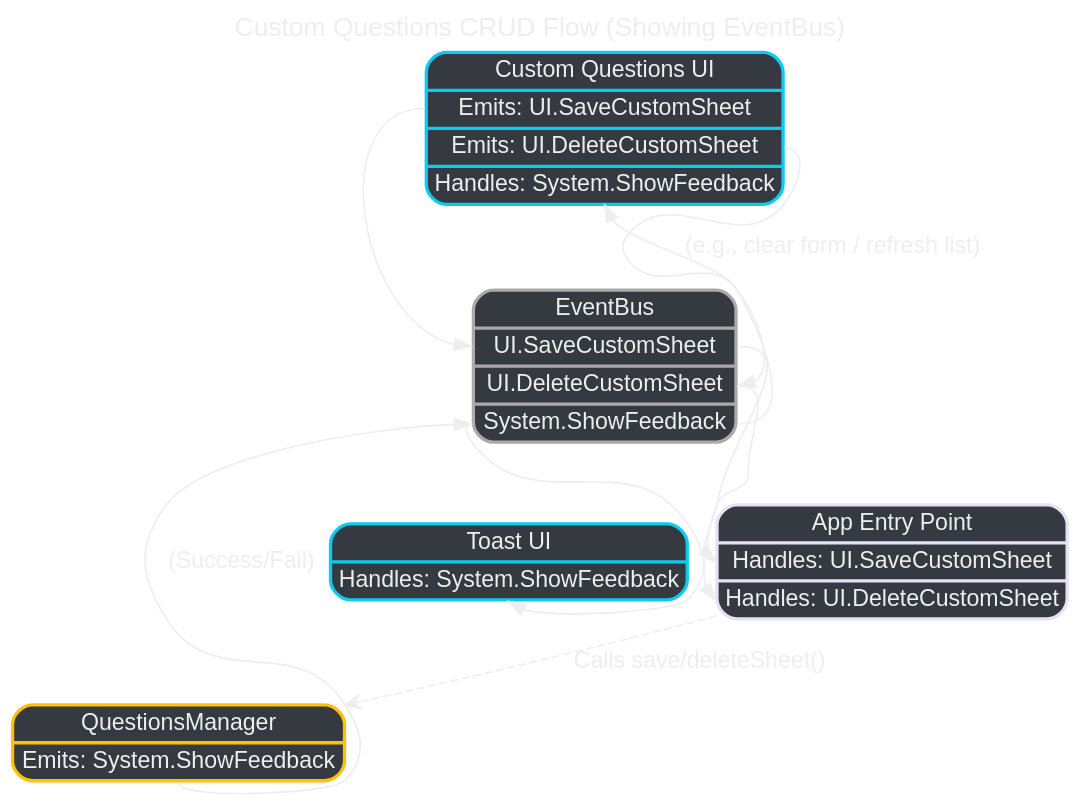
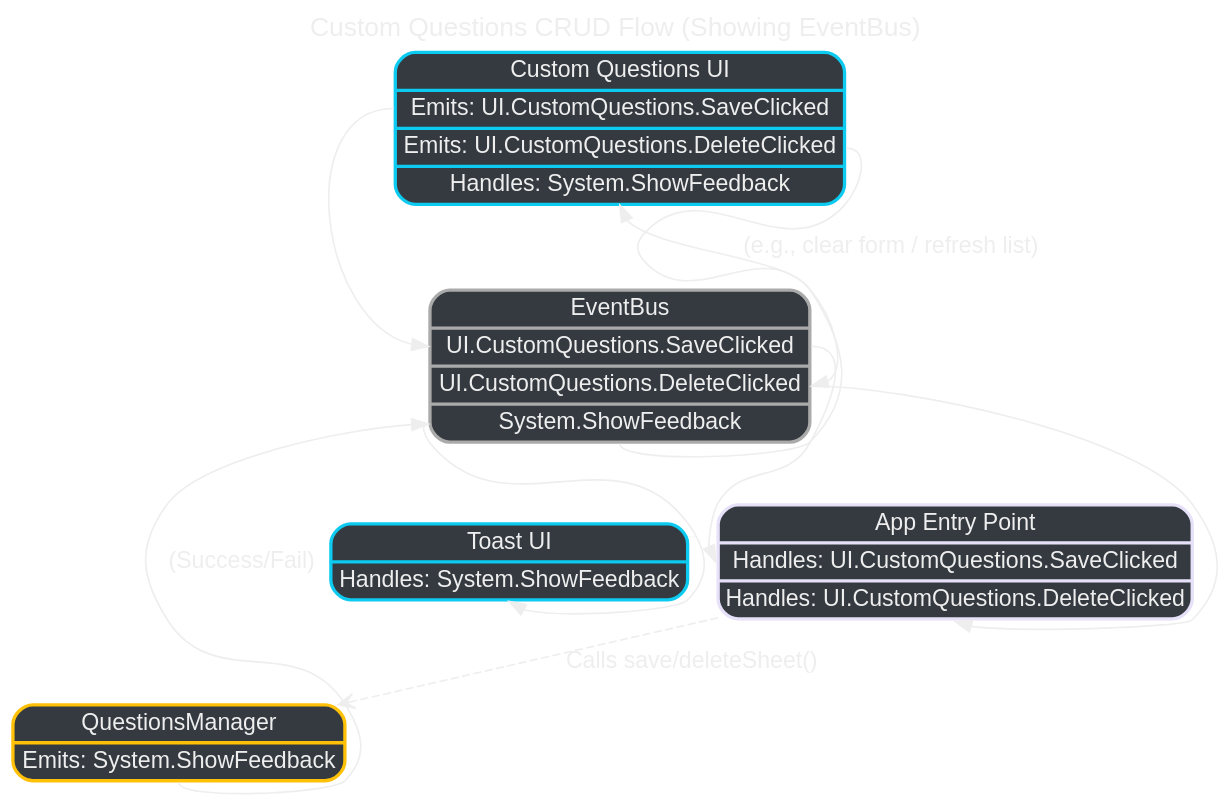
One commit to SchizoDuckie/unicornpoep changed the diagram in v2/docs/8-scenario-custom-questions-management-crud-with-bus.dot. Above: the diagram before and after it, drawn with Graphviz. The commit also changed 70 other files, not shown here.

```diff
--- a/v2/docs/8-scenario-custom-questions-management-crud-with-bus.dot
+++ b/v2/docs/8-scenario-custom-questions-management-crud-with-bus.dot
@@ -1,42 +1,42 @@
 digraph CustomQCRUD_WithBus {
     rankdir=TD;
     sep="0.6";
     overlap=false;
     bgcolor="transparent";
     fontname="Arial";
     node [shape=box, style="rounded,filled", fontcolor="#eeeeee", color="#eeeeee", fontname="Arial"];
     edge [fontcolor="#eeeeee", color="#eeeeee", fontname="Arial"];
     graph [label="Custom Questions CRUD Flow (Showing EventBus)", labelloc=t, fontsize=16, fontcolor="#eeeeee"];
 
     // Node Styles (Record for specific event interactions)
     CustomQuestionsComponent [shape="record", style="rounded,filled", fillcolor="#343a40", color="#0dcaf0", penwidth=2,
-                              label="{ Custom Questions UI | {<emits_save> Emits: UI.SaveCustomSheet} | {<emits_del> Emits: UI.DeleteCustomSheet} | {<handles_feedback> Handles: System.ShowFeedback} }"]; // Specific emits
+                              label="{ Custom Questions UI | {<emits_save> Emits: UI.CustomQuestions.SaveClicked} | {<emits_del> Emits: UI.CustomQuestions.DeleteClicked} | {<handles_feedback> Handles: System.ShowFeedback} }"]; // Specific emits
     ToastComponent [shape="record", style="rounded,filled", fillcolor="#343a40", color="#0dcaf0", penwidth=2,
                     label="{ Toast UI | {<handles_feedback> Handles: System.ShowFeedback} }"];
     UnicornPoep [shape="record", style="rounded,filled", fillcolor="#343a40", color="#e6e0f8", penwidth=2,
-                 label="{ App Entry Point | {<handles_save> Handles: UI.SaveCustomSheet} | {<handles_del> Handles: UI.DeleteCustomSheet} }"]; // Specific handles
+                 label="{ App Entry Point | {<handles_save> Handles: UI.CustomQuestions.SaveClicked} | {<handles_del> Handles: UI.CustomQuestions.DeleteClicked} }"]; // Specific handles
     QuestionsManager [shape="record", style="rounded,filled", fillcolor="#343a40", color="#ffc107", penwidth=2,
                       label="{ QuestionsManager | {<emits_feedback> Emits: System.ShowFeedback} }"];
 
     // EventBus: Shows specific UI actions and System feedback events
     EventBus [shape="record", style="rounded,filled", fillcolor="#343a40", color="#aaaaaa", penwidth=2,
-              label="{ EventBus | {<evSaveUI> UI.SaveCustomSheet} | {<evDelUI> UI.DeleteCustomSheet} | {<evFeedback> System.ShowFeedback} }"]; // Specific UI ports
+              label="{ EventBus | {<evSaveUI> UI.CustomQuestions.SaveClicked} | {<evDelUI> UI.CustomQuestions.DeleteClicked} | {<evFeedback> System.ShowFeedback} }"]; // Specific UI ports
 
     // 1. User clicks Save/Delete in the UI (Specific Events)
     CustomQuestionsComponent:emits_save -> EventBus:evSaveUI [label=""];
     CustomQuestionsComponent:emits_del -> EventBus:evDelUI [label=""];
 
     // 2. App Entry Point (or a Coordinator) handles the UI action (Specific Events)
     EventBus:evSaveUI -> UnicornPoep:handles_save [label=""];
     EventBus:evDelUI -> UnicornPoep:handles_del [label=""];
 
     // 3. Handler calls the QuestionsManager service (Direct Call)
     UnicornPoep -> QuestionsManager [label=" Calls save/deleteSheet()", style=dashed, arrowhead=open];
 
     // 4. QuestionsManager performs action and emits feedback (Event)
     QuestionsManager:emits_feedback -> EventBus:evFeedback [label=" (Success/Fail)"];
 
     // 5. UI Components display feedback (Events)
     EventBus:evFeedback -> ToastComponent:handles_feedback [label=""];
     EventBus:evFeedback -> CustomQuestionsComponent:handles_feedback [label=" (e.g., clear form / refresh list)"];
 } 
```
